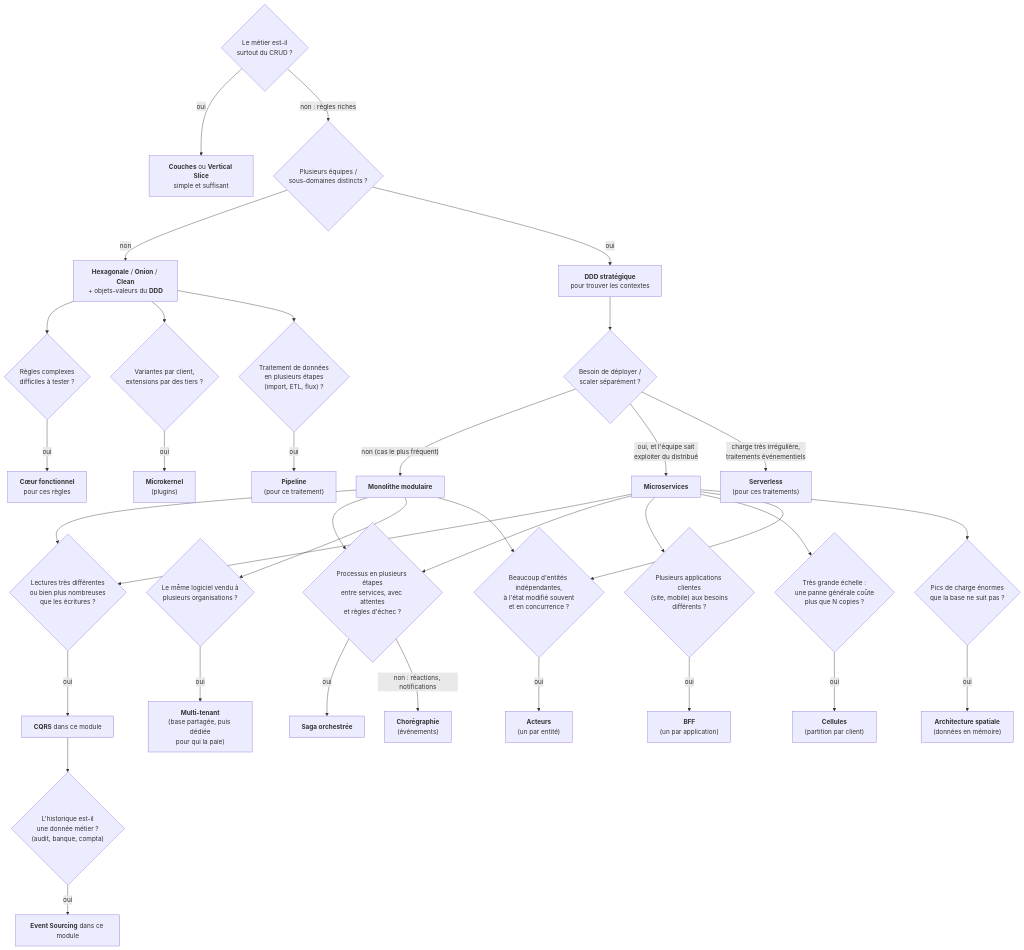
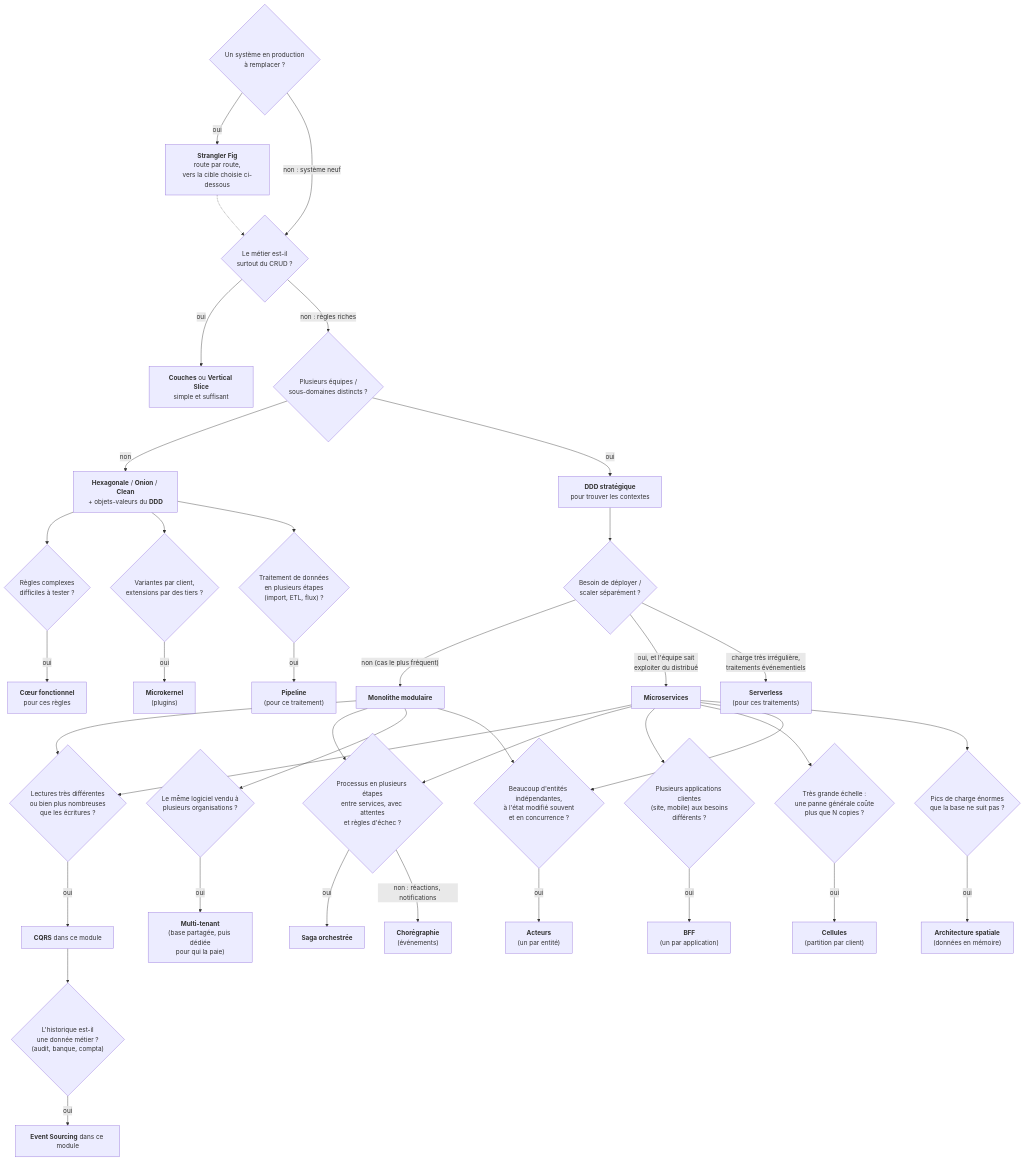
The third of 4 diagrams in Docs/README.md (drangoht/ArchitecturesDemo), drawn with Mermaid before and after one commit. The commit also changed other lines of this file and 34 other files, not shown here.

First line of the commit message:
Ajoute la démo Strangler Fig (migration progressive)

````diff
--- a/Docs/README.md
+++ b/Docs/README.md
@@ -116,37 +122,40 @@
 ```mermaid
 flowchart TD
+    SF{"Un système en production<br/>à remplacer ?"} -->|oui| SG["<b>Strangler Fig</b><br/>route par route,<br/>vers la cible choisie ci-dessous"]
+    SF -->|"non : système neuf"| A
+    SG -.-> A
     A{"Le métier est-il<br/>surtout du CRUD ?"} -->|oui| B["<b>Couches</b> ou <b>Vertical Slice</b><br/>simple et suffisant"]
     A -->|"non : règles riches"| C{"Plusieurs équipes /<br/>sous-domaines distincts ?"}
     C -->|non| D["<b>Hexagonale</b> / <b>Onion</b> / <b>Clean</b><br/>+ objets-valeurs du <b>DDD</b>"]
     C -->|oui| E["<b>DDD stratégique</b><br/>pour trouver les contextes"]
     E --> F{"Besoin de déployer /<br/>scaler séparément ?"}
     F -->|"non (cas le plus fréquent)"| G["<b>Monolithe modulaire</b>"]
     F -->|"oui, et l'équipe sait<br/>exploiter du distribué"| H["<b>Microservices</b>"]
     F -->|"charge très irrégulière,<br/>traitements événementiels"| S["<b>Serverless</b><br/>(pour ces traitements)"]
     G --> I{"Lectures très différentes<br/>ou bien plus nombreuses<br/>que les écritures ?"}
     H --> I
     I -->|oui| J["<b>CQRS</b> dans ce module"]
     J --> K{"L'historique est-il<br/>une donnée métier ?<br/>(audit, banque, compta)"}
     K -->|oui| L["<b>Event Sourcing</b> dans ce module"]
     D --> M{"Règles complexes<br/>difficiles à tester ?"}
     M -->|oui| N["<b>Cœur fonctionnel</b><br/>pour ces règles"]
     D --> P{"Variantes par client,<br/>extensions par des tiers ?"}
     P -->|oui| Q["<b>Microkernel</b><br/>(plugins)"]
     D --> PL{"Traitement de données<br/>en plusieurs étapes<br/>(import, ETL, flux) ?"}
     PL -->|oui| PM["<b>Pipeline</b><br/>(pour ce traitement)"]
     H --> T{"Processus en plusieurs étapes<br/>entre services, avec attentes<br/>et règles d'échec ?"}
     G --> T
     T -->|oui| U["<b>Saga orchestrée</b>"]
     T -->|"non : réactions, notifications"| V["<b>Chorégraphie</b><br/>(événements)"]
     G --> W{"Le même logiciel vendu à<br/>plusieurs organisations ?"}
     W -->|oui| X["<b>Multi-tenant</b><br/>(base partagée, puis dédiée<br/>pour qui la paie)"]
     H --> Y{"Plusieurs applications clientes<br/>(site, mobile) aux besoins<br/>différents ?"}
     Y -->|oui| Z["<b>BFF</b><br/>(un par application)"]
     H --> CA{"Très grande échelle :<br/>une panne générale coûte<br/>plus que N copies ?"}
     CA -->|oui| CB["<b>Cellules</b><br/>(partition par client)"]
     G --> AC{"Beaucoup d'entités indépendantes,<br/>à l'état modifié souvent<br/>et en concurrence ?"}
     H --> AC
     AC -->|oui| AD["<b>Acteurs</b><br/>(un par entité)"]
     H --> SB{"Pics de charge énormes<br/>que la base ne suit pas ?"}
     SB -->|oui| SC["<b>Architecture spatiale</b><br/>(données en mémoire)"]
 ```
````
